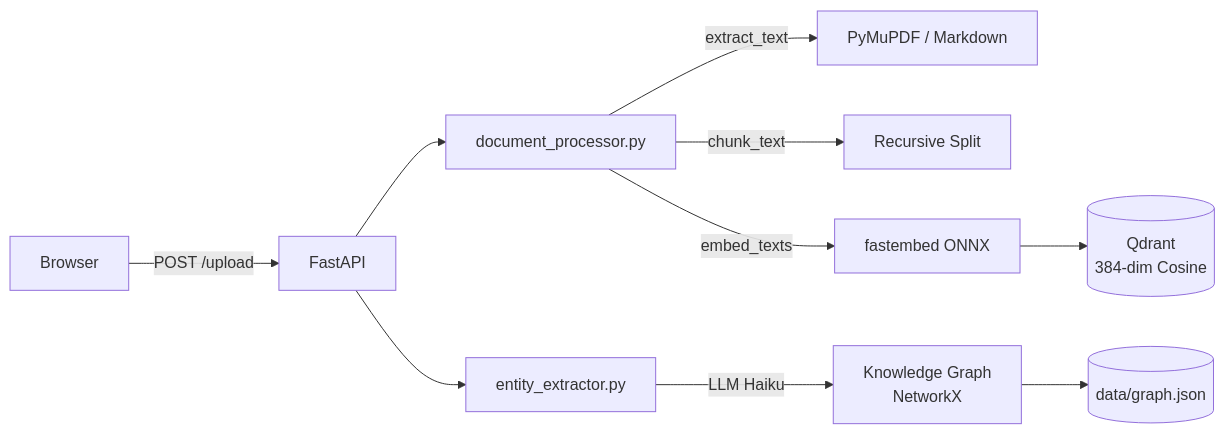
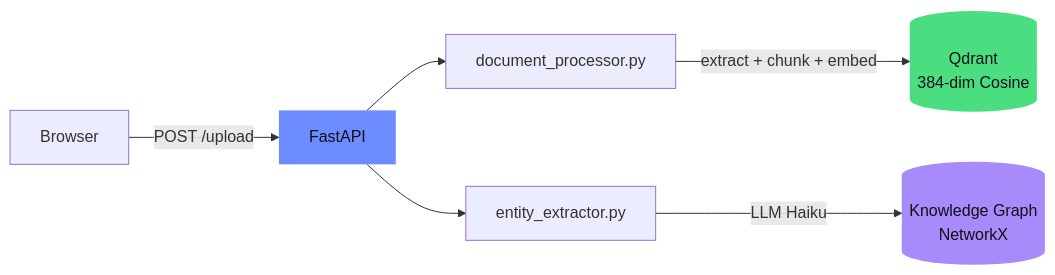
The first of 3 diagrams in README.md (mj-deving/rag-hybrid-chatbot), drawn with Mermaid before and after one commit. The commit also changed other lines of this file, not shown here.

Commit message:
docs: README overhaul — badges, TOC, styled Mermaid, routing table, API responses, versioned stack

````diff
--- a/README.md
+++ b/README.md
@@ -68,12 +84,12 @@
 ```mermaid
 flowchart LR
     A[Browser] -->|POST /upload| B[FastAPI]
     B --> C[document_processor.py]
-    C -->|extract_text| C1[PyMuPDF / Markdown]
-    C -->|chunk_text| C2[Recursive Split]
-    C -->|embed_texts| C3[fastembed ONNX]
-    C3 --> D[(Qdrant\n384-dim Cosine)]
+    C -->|extract + chunk + embed| D[(Qdrant\n384-dim Cosine)]
     B --> E[entity_extractor.py]
-    E -->|LLM Haiku| F[Knowledge Graph\nNetworkX]
-    F --> G[(data/graph.json)]
+    E -->|LLM Haiku| F[(Knowledge Graph\nNetworkX)]
+
+    style B fill:#6c8cff,color:#0f1117,stroke:none
+    style D fill:#4ade80,color:#0f1117,stroke:none
+    style F fill:#a78bfa,color:#0f1117,stroke:none
 ```
````
